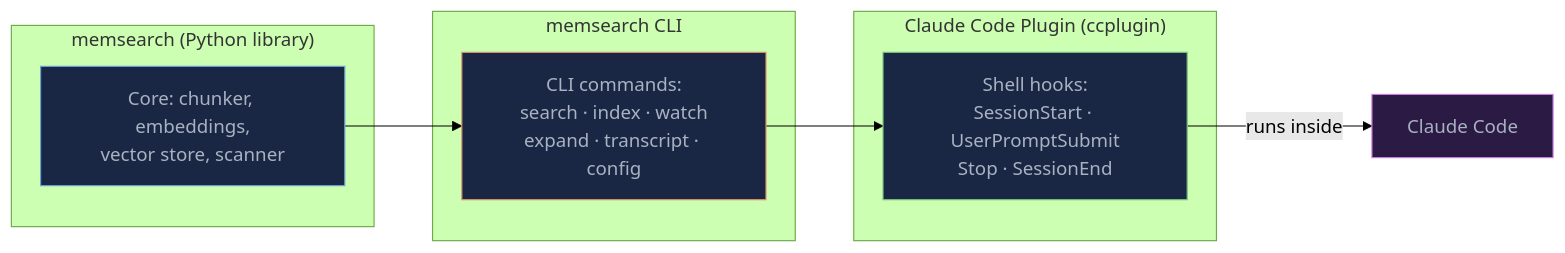
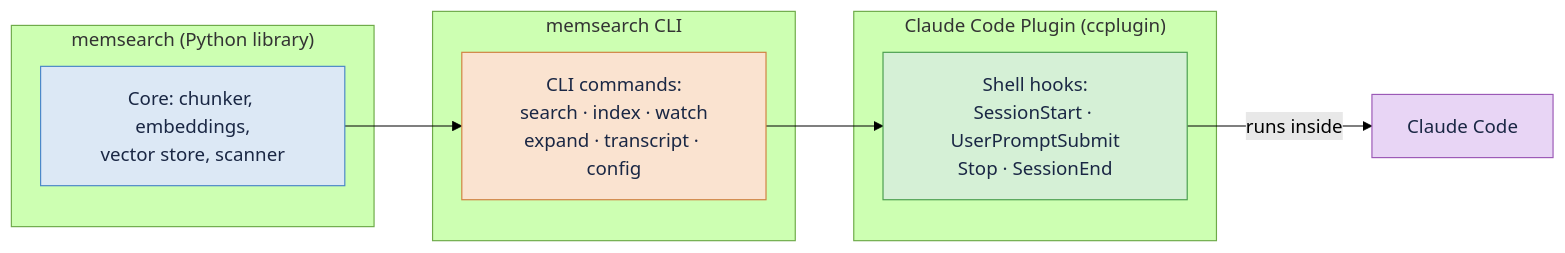
One commit to HongzhuLiu/memsearch changed the first of 4 diagrams in docs/claude-plugin.md. Above: the diagram before and after it, drawn with Mermaid (forest theme). The commit also changed other lines of this file and 1 other file, not shown here.

First line of the commit message:
Docs: per-framework install instructions, sync lifecycle diagram

````diff
--- a/docs/claude-plugin.md
+++ b/docs/claude-plugin.md
@@ -9,23 +9,23 @@
 ```mermaid
 graph LR
     subgraph "memsearch (Python library)"
         LIB[Core: chunker, embeddings,<br/>vector store, scanner]
     end
 
     subgraph "memsearch CLI"
         CLI["CLI commands:<br/>search · index · watch<br/>expand · transcript · config"]
     end
 
     subgraph "Claude Code Plugin (ccplugin)"
         HOOKS["Shell hooks:<br/>SessionStart · UserPromptSubmit<br/>Stop · SessionEnd"]
     end
 
     LIB --> CLI
     CLI --> HOOKS
     HOOKS -->|"runs inside"| CC[Claude Code]
 
-    style LIB fill:#1a2744,stroke:#6ba3d6,color:#a8b2c1
-    style CLI fill:#1a2744,stroke:#e0976b,color:#a8b2c1
-    style HOOKS fill:#1a2744,stroke:#7bc67e,color:#a8b2c1
-    style CC fill:#2a1a44,stroke:#c97bdb,color:#a8b2c1
+    style LIB fill:#dce8f5,stroke:#4a86c8,color:#1a2744
+    style CLI fill:#fae3d0,stroke:#d08040,color:#1a2744
+    style HOOKS fill:#d5f0d6,stroke:#4a9e4e,color:#1a2744
+    style CC fill:#e8d5f5,stroke:#9b59b6,color:#1a2744
 ```
````
